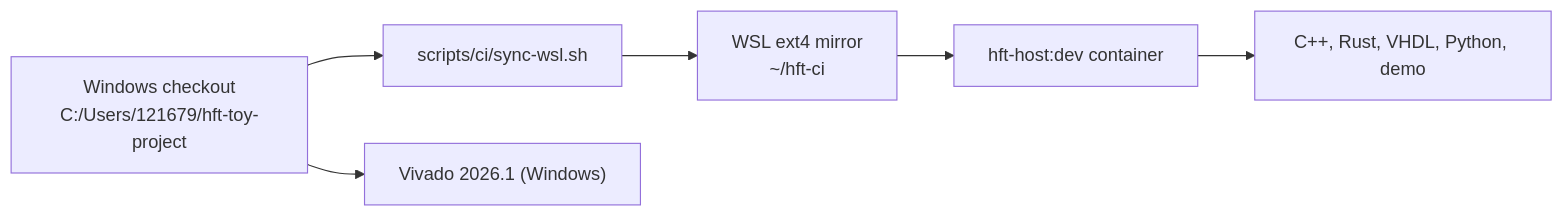
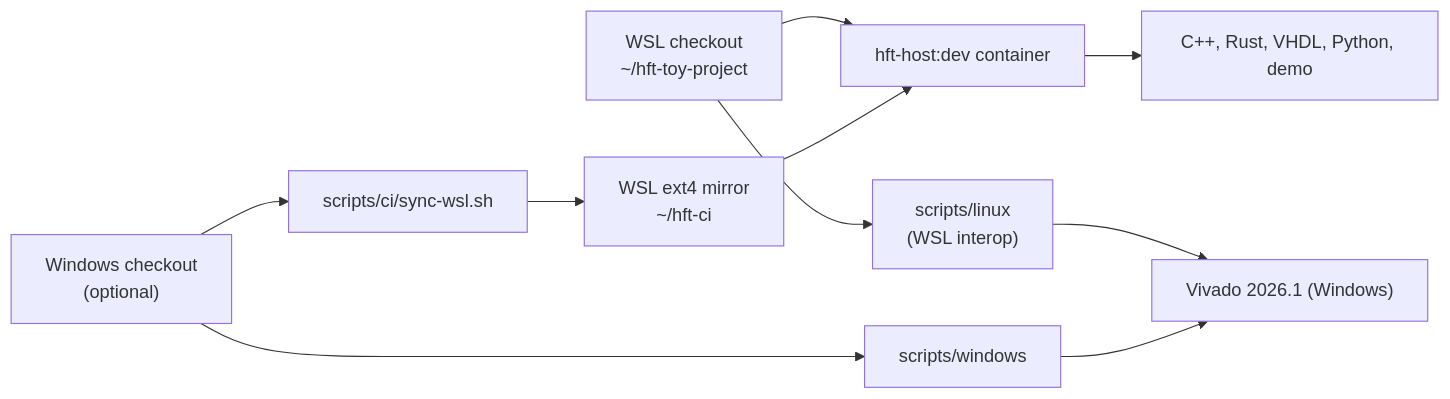
Before and after one commit to ps-chong/hft-toy-project: the diagram in docs/workflow/diagrams/01-setup-1.mmd, drawn with Mermaid. The commit also changed 16 other files, not shown here.

First line of the commit message:
docs: the WSL checkout and scripts/linux next to the Windows workflow

```diff
--- a/docs/workflow/diagrams/01-setup-1.mmd
+++ b/docs/workflow/diagrams/01-setup-1.mmd
@@ -1,6 +1,10 @@
 flowchart LR
-    Clone["Windows checkout<br/>C:/Users/121679/hft-toy-project"] --> Sync["scripts/ci/sync-wsl.sh"]
+    Clone["WSL checkout<br/>~/hft-toy-project"] --> Image["hft-host:dev container"]
+    Image --> Builds["C++, Rust, VHDL, Python, demo"]
+    Clone --> Linux["scripts/linux<br/>(WSL interop)"]
+    Linux --> Vivado["Vivado 2026.1 (Windows)"]
+    WinClone["Windows checkout<br/>(optional)"] --> Sync["scripts/ci/sync-wsl.sh"]
     Sync --> Mirror["WSL ext4 mirror<br/>~/hft-ci"]
-    Mirror --> Image["hft-host:dev container"]
-    Image --> Builds["C++, Rust, VHDL, Python, demo"]
-    Clone --> Vivado["Vivado 2026.1 (Windows)"]
+    Mirror --> Image
+    WinClone --> Windows["scripts/windows"]
+    Windows --> Vivado
```
